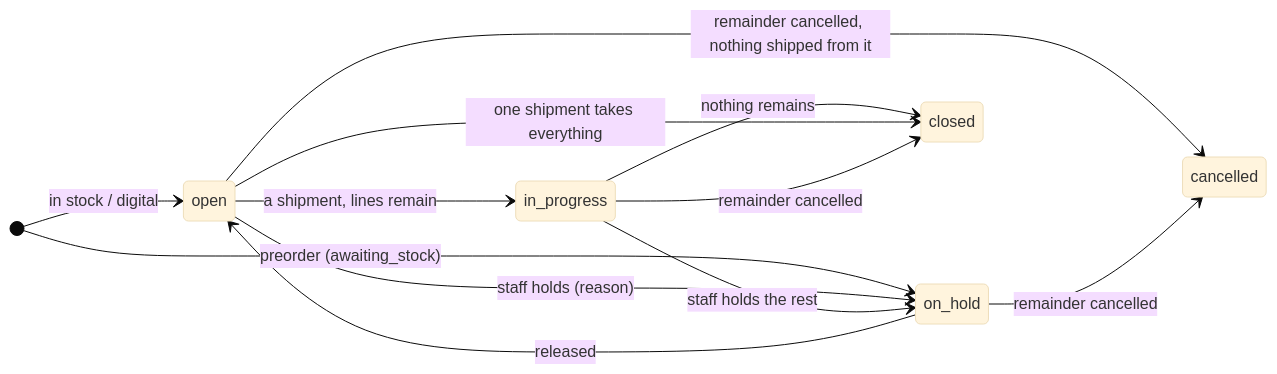
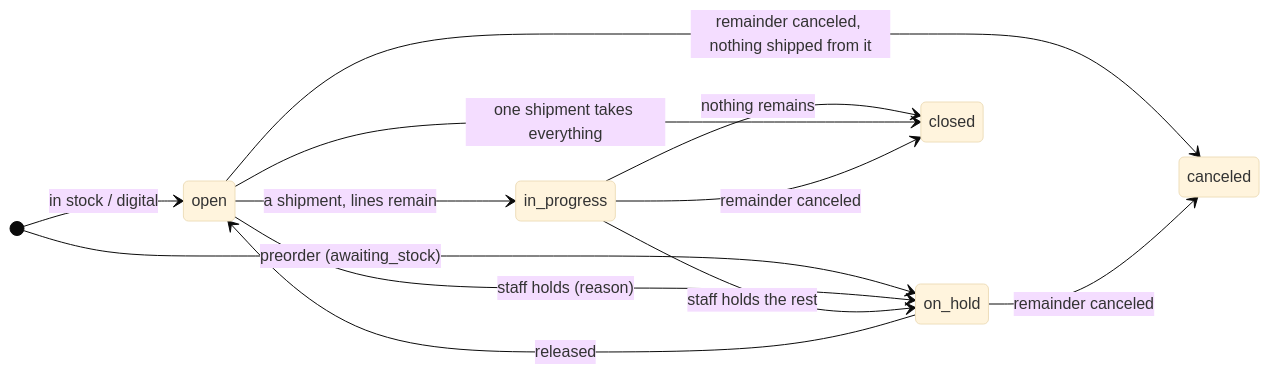
One commit to Guebbit/boilerplate-node-backend changed the third of 8 diagrams in docs/modules/delivery.md. Above: the diagram before and after it, drawn with Mermaid (base theme). The commit also changed other lines of this file and 301 other files, not shown here.

````diff
--- a/docs/modules/delivery.md
+++ b/docs/modules/delivery.md
@@ -143,15 +143,15 @@
 ```mermaid
 stateDiagram-v2
     direction LR
     [*] --> open: in stock / digital
     [*] --> on_hold: preorder (awaiting_stock)
     open --> on_hold: staff holds (reason)
     on_hold --> open: released
     open --> in_progress: a shipment, lines remain
     in_progress --> on_hold: staff holds the rest
     in_progress --> closed: nothing remains
     open --> closed: one shipment takes everything
-    open --> cancelled: remainder cancelled, nothing shipped from it
-    on_hold --> cancelled: remainder cancelled
-    in_progress --> closed: remainder cancelled
+    open --> canceled: remainder canceled, nothing shipped from it
+    on_hold --> canceled: remainder canceled
+    in_progress --> closed: remainder canceled
 ```
````
